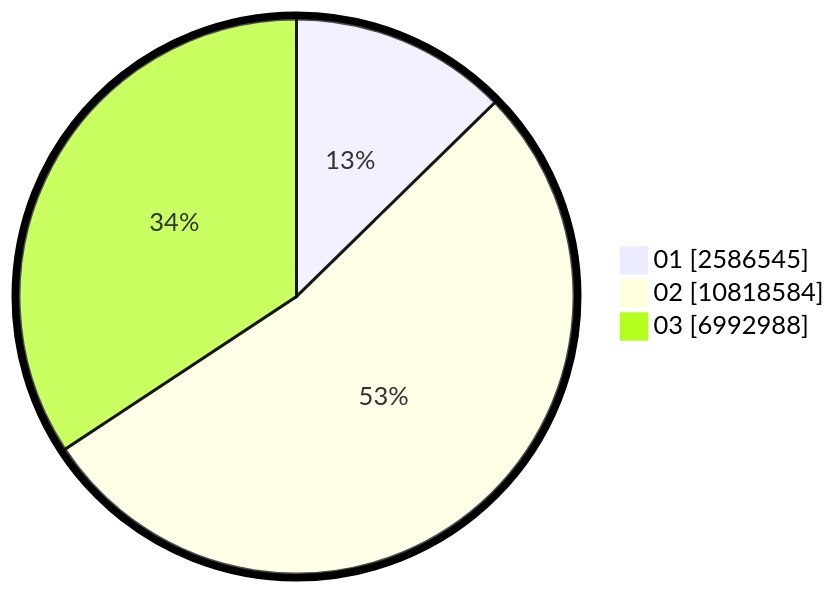
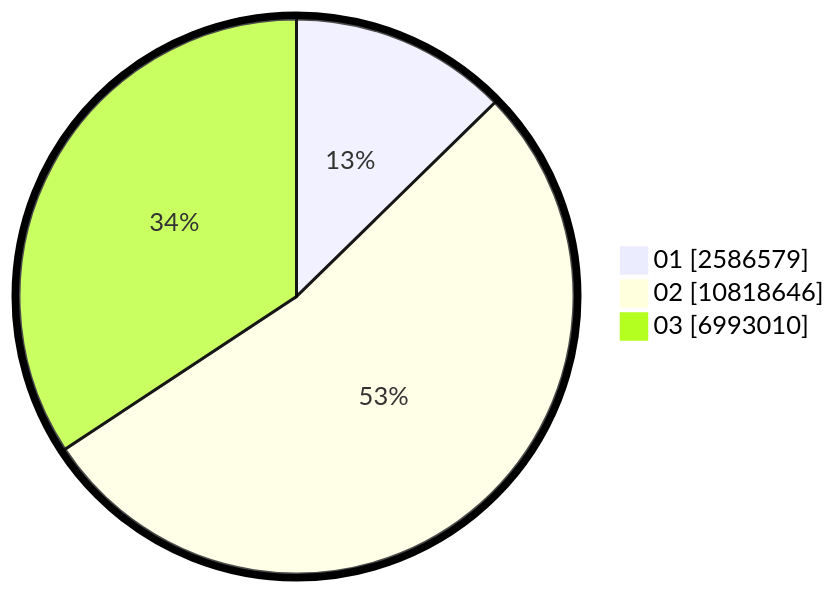
One commit to gigit-pemilu/pemilu-2024 changed the second of 2 diagrams in pilpres/hitung-suara/sub/table-wilayah-33.md. Above: the diagram before and after it, drawn with Mermaid. The commit also changed other lines of this file and 8 other files, not shown here.

````diff
--- a/pilpres/hitung-suara/sub/table-wilayah-33.md
+++ b/pilpres/hitung-suara/sub/table-wilayah-33.md
@@ -15,7 +15,7 @@
 ```mermaid
 %%{init: {"pie": {"textPosition": 0.5}, "themeVariables": {"pieOuterStrokeWidth": "5px"}} }%%
 pie showData
-    "01" : 2586545
-    "02" : 10818584
-    "03" : 6992988
+    "01" : 2586579
+    "02" : 10818646
+    "03" : 6993010
 ```
````
